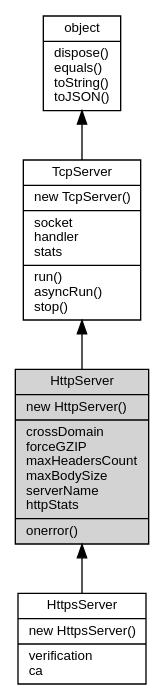
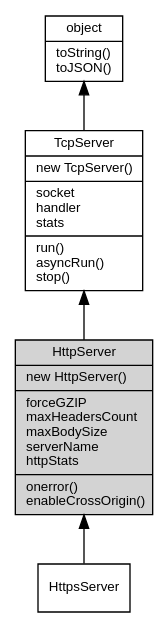
One commit to asionius/fibjs-ceph changed the diagram in docs/object/ifs/HttpServer.md. Above: the diagram before and after it, drawn with Graphviz. The commit also changed other lines of this file and 138 other files, not shown here.

````diff
--- a/docs/object/ifs/HttpServer.md
+++ b/docs/object/ifs/HttpServer.md
@@ -22,14 +22,14 @@
 ```dot
 digraph {
     node [fontname="Helvetica,sans-Serif", fontsize=10, shape="record", style="filled", fillcolor="white"];
 
-    object [tooltip="object", URL="object.md", label="{object|dispose()\lequals()\ltoString()\ltoJSON()\l}"];
+    object [tooltip="object", URL="object.md", label="{object|toString()\ltoJSON()\l}"];
     TcpServer [tooltip="TcpServer", URL="TcpServer.md", label="{TcpServer|new TcpServer()\l|socket\lhandler\lstats\l|run()\lasyncRun()\lstop()\l}"];
-    HttpServer [tooltip="HttpServer", fillcolor="lightgray", label="{HttpServer|new HttpServer()\l|crossDomain\lforceGZIP\lmaxHeadersCount\lmaxBodySize\lserverName\lhttpStats\l|onerror()\l}"];
-    HttpsServer [tooltip="HttpsServer", URL="HttpsServer.md", label="{HttpsServer|new HttpsServer()\l|verification\lca\l}"];
+    HttpServer [tooltip="HttpServer", fillcolor="lightgray", id="me", label="{HttpServer|new HttpServer()\l|forceGZIP\lmaxHeadersCount\lmaxBodySize\lserverName\lhttpStats\l|onerror()\lenableCrossOrigin()\l}"];
+    HttpsServer [tooltip="HttpsServer", URL="HttpsServer.md", label="{HttpsServer}"];
 
     object -> TcpServer [dir=back];
     TcpServer -> HttpServer [dir=back];
     HttpServer -> HttpsServer [dir=back];
 }
 ```
````
